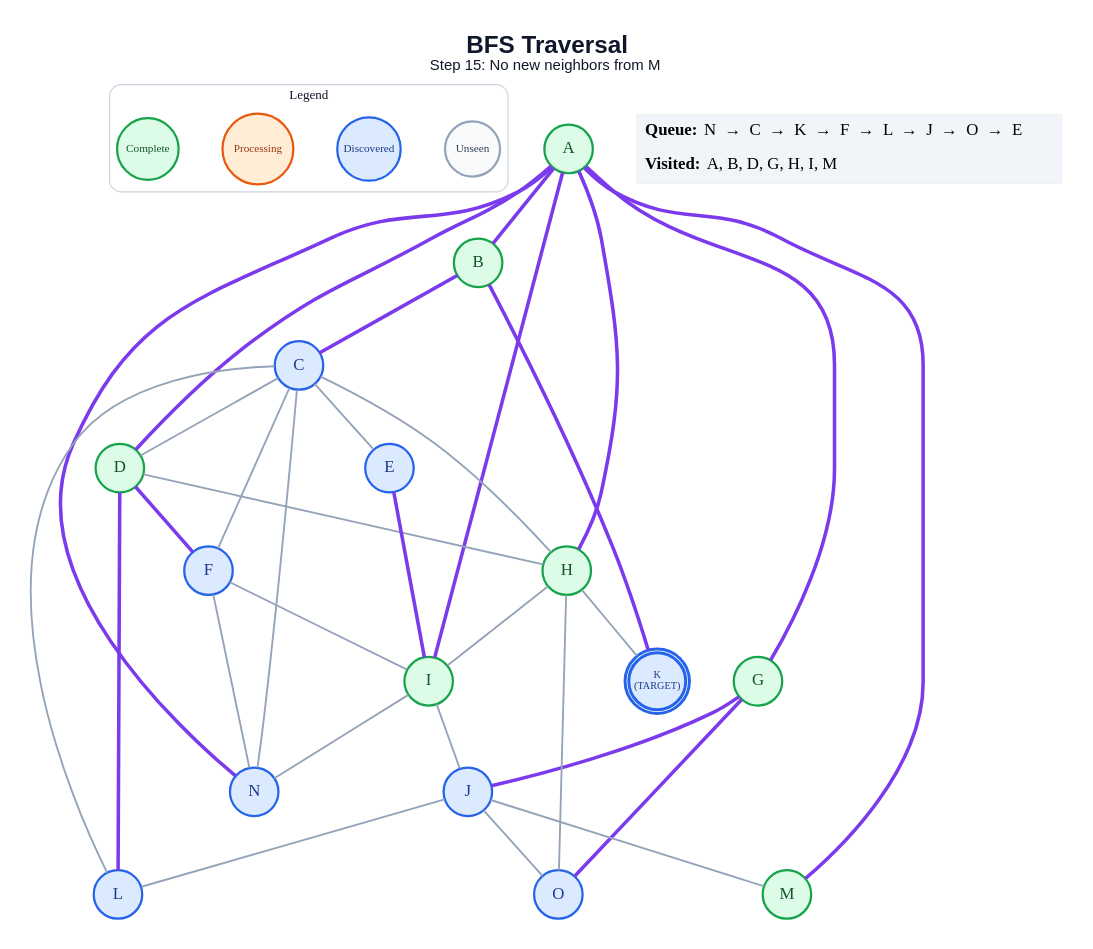
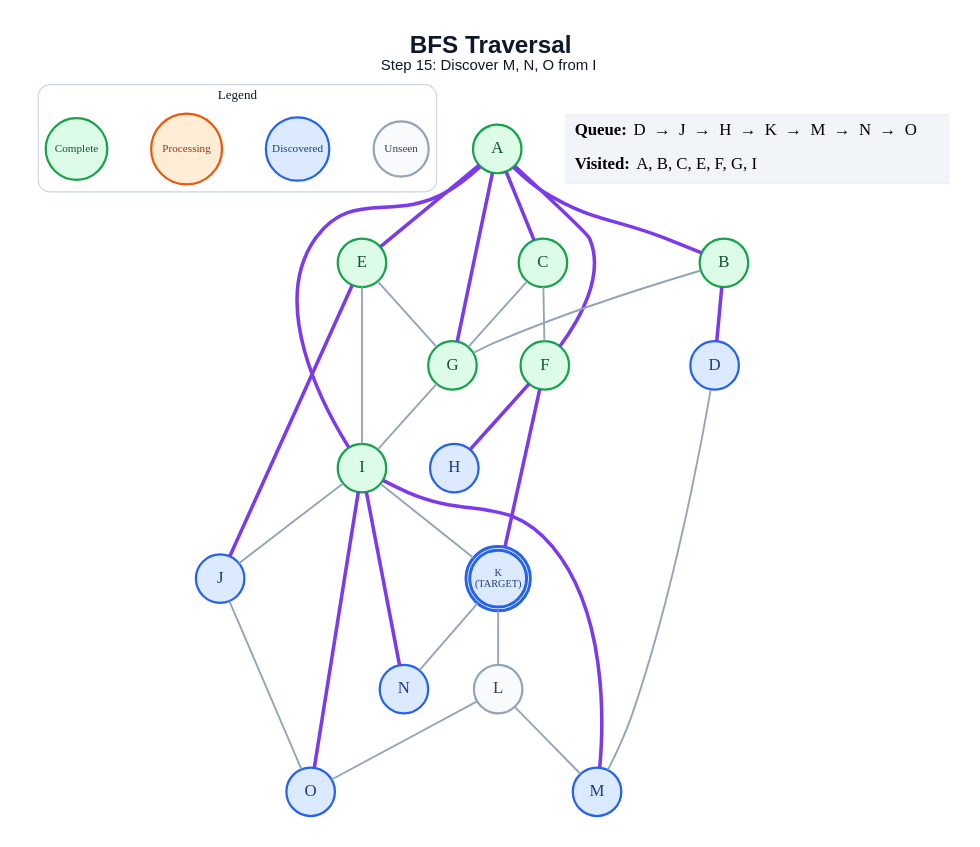
One commit to anon7238593-create/ai-slop changed the diagram in generated/specific-node/bfs/step_15.dot. Above: the diagram before and after it, drawn with Graphviz. The commit also changed 225 other files, not shown here.

```diff
--- a/generated/specific-node/bfs/step_15.dot
+++ b/generated/specific-node/bfs/step_15.dot
@@ -1,65 +1,61 @@
 graph traversal {
   graph [layout=dot, rankdir=TB, bgcolor="#FFFFFF", pad="0.35", nodesep="0.65", ranksep="0.8", fontname="Arial"];
   node [shape=circle, style="filled", fontname="Arial Bold", fontsize=18, width=0.72, fixedsize=true, penwidth=2.4];
   edge [color="#94A3B8", penwidth=2.0];
-  label=<<B>BFS Traversal</B><BR/><FONT POINT-SIZE="16">Step 15: No new neighbors from M</FONT>>; labelloc="t"; fontsize=26; fontname="Arial"; fontcolor="#0F172A";
+  label=<<B>BFS Traversal</B><BR/><FONT POINT-SIZE="16">Step 15: Discover M, N, O from I</FONT>>; labelloc="t"; fontsize=26; fontname="Arial"; fontcolor="#0F172A";
   subgraph cluster_legend { label="Legend"; color="#CBD5E1"; penwidth=1.2; style="rounded"; fontsize=14; fontname="Arial Bold";
     key_unseen [label="Unseen", fillcolor="#F8FAFC", color="#94A3B8", fontcolor="#334155", fontsize=12, width=0.82];
     key_frontier [label="Discovered", fillcolor="#DBEAFE", color="#2563EB", fontcolor="#1E3A8A", fontsize=12, width=0.95];
     key_current [label="Processing", fillcolor="#FFEDD5", color="#EA580C", fontcolor="#9A3412", fontsize=12, width=1.05];
     key_done [label="Complete", fillcolor="#DCFCE7", color="#16A34A", fontcolor="#14532D", fontsize=12, width=0.92];
     { rank=same; key_unseen; key_frontier; key_current; key_done; }
   }
   A [label="A", fillcolor="#DCFCE7", color="#16A34A", fontcolor="#14532D", peripheries=1, penwidth=2.4];
   B [label="B", fillcolor="#DCFCE7", color="#16A34A", fontcolor="#14532D", peripheries=1, penwidth=2.4];
-  C [label="C", fillcolor="#DBEAFE", color="#2563EB", fontcolor="#1E3A8A", peripheries=1, penwidth=2.4];
-  D [label="D", fillcolor="#DCFCE7", color="#16A34A", fontcolor="#14532D", peripheries=1, penwidth=2.4];
-  E [label="E", fillcolor="#DBEAFE", color="#2563EB", fontcolor="#1E3A8A", peripheries=1, penwidth=2.4];
-  F [label="F", fillcolor="#DBEAFE", color="#2563EB", fontcolor="#1E3A8A", peripheries=1, penwidth=2.4];
+  C [label="C", fillcolor="#DCFCE7", color="#16A34A", fontcolor="#14532D", peripheries=1, penwidth=2.4];
+  D [label="D", fillcolor="#DBEAFE", color="#2563EB", fontcolor="#1E3A8A", peripheries=1, penwidth=2.4];
+  E [label="E", fillcolor="#DCFCE7", color="#16A34A", fontcolor="#14532D", peripheries=1, penwidth=2.4];
+  F [label="F", fillcolor="#DCFCE7", color="#16A34A", fontcolor="#14532D", peripheries=1, penwidth=2.4];
   G [label="G", fillcolor="#DCFCE7", color="#16A34A", fontcolor="#14532D", peripheries=1, penwidth=2.4];
-  H [label="H", fillcolor="#DCFCE7", color="#16A34A", fontcolor="#14532D", peripheries=1, penwidth=2.4];
+  H [label="H", fillcolor="#DBEAFE", color="#2563EB", fontcolor="#1E3A8A", peripheries=1, penwidth=2.4];
   I [label="I", fillcolor="#DCFCE7", color="#16A34A", fontcolor="#14532D", peripheries=1, penwidth=2.4];
   J [label="J", fillcolor="#DBEAFE", color="#2563EB", fontcolor="#1E3A8A", peripheries=1, penwidth=2.4];
   K [label="K\n(TARGET)", fillcolor="#DBEAFE", color="#2563EB", fontcolor="#1E3A8A", peripheries=2, penwidth=3.2, fontsize=11, width=0.85, height=0.85];
-  L [label="L", fillcolor="#DBEAFE", color="#2563EB", fontcolor="#1E3A8A", peripheries=1, penwidth=2.4];
-  M [label="M", fillcolor="#DCFCE7", color="#16A34A", fontcolor="#14532D", peripheries=1, penwidth=2.4];
+  L [label="L", fillcolor="#F8FAFC", color="#94A3B8", fontcolor="#334155", peripheries=1, penwidth=2.4];
+  M [label="M", fillcolor="#DBEAFE", color="#2563EB", fontcolor="#1E3A8A", peripheries=1, penwidth=2.4];
   N [label="N", fillcolor="#DBEAFE", color="#2563EB", fontcolor="#1E3A8A", peripheries=1, penwidth=2.4];
   O [label="O", fillcolor="#DBEAFE", color="#2563EB", fontcolor="#1E3A8A", peripheries=1, penwidth=2.4];
   A -- B [color="#7C3AED", penwidth=3.8];
-  A -- D [color="#7C3AED", penwidth=3.8];
+  A -- C [color="#7C3AED", penwidth=3.8];
+  A -- E [color="#7C3AED", penwidth=3.8];
+  A -- F [color="#7C3AED", penwidth=3.8];
   A -- G [color="#7C3AED", penwidth=3.8];
-  A -- H [color="#7C3AED", penwidth=3.8];
   A -- I [color="#7C3AED", penwidth=3.8];
-  A -- M [color="#7C3AED", penwidth=3.8];
-  A -- N [color="#7C3AED", penwidth=3.8];
-  B -- C [color="#7C3AED", penwidth=3.8];
-  B -- K [color="#7C3AED", penwidth=3.8];
-  C -- D;
-  C -- E;
+  B -- D [color="#7C3AED", penwidth=3.8];
+  B -- G;
   C -- F;
-  C -- H;
-  C -- L;
-  C -- N;
-  D -- F [color="#7C3AED", penwidth=3.8];
-  D -- H;
-  D -- L [color="#7C3AED", penwidth=3.8];
-  E -- I [color="#7C3AED", penwidth=3.8];
-  F -- I;
-  F -- N;
-  G -- J [color="#7C3AED", penwidth=3.8];
-  G -- O [color="#7C3AED", penwidth=3.8];
-  H -- I;
-  H -- K;
-  H -- O;
+  C -- G;
+  D -- M;
+  E -- G;
+  E -- I;
+  E -- J [color="#7C3AED", penwidth=3.8];
+  F -- H [color="#7C3AED", penwidth=3.8];
+  F -- K [color="#7C3AED", penwidth=3.8];
+  G -- I;
   I -- J;
-  I -- N;
-  J -- L;
-  J -- M;
+  I -- K;
+  I -- M [color="#7C3AED", penwidth=3.8];
+  I -- N [color="#7C3AED", penwidth=3.8];
+  I -- O [color="#7C3AED", penwidth=3.8];
   J -- O;
+  K -- L;
+  K -- N;
+  L -- M;
+  L -- O;
   status [shape=plain, fixedsize=false, width=0, height=0, margin=0, label=<
     <TABLE BORDER="0" CELLBORDER="0" CELLPADDING="7" BGCOLOR="#F1F5F9">
-      <TR><TD ALIGN="LEFT"><B>Queue:</B> N  →  C  →  K  →  F  →  L  →  J  →  O  →  E</TD></TR>
-      <TR><TD ALIGN="LEFT"><B>Visited:</B> A, B, D, G, H, I, M</TD></TR>
+      <TR><TD ALIGN="LEFT"><B>Queue:</B> D  →  J  →  H  →  K  →  M  →  N  →  O</TD></TR>
+      <TR><TD ALIGN="LEFT"><B>Visited:</B> A, B, C, E, F, G, I</TD></TR>
     </TABLE>
   >];
 }
```
